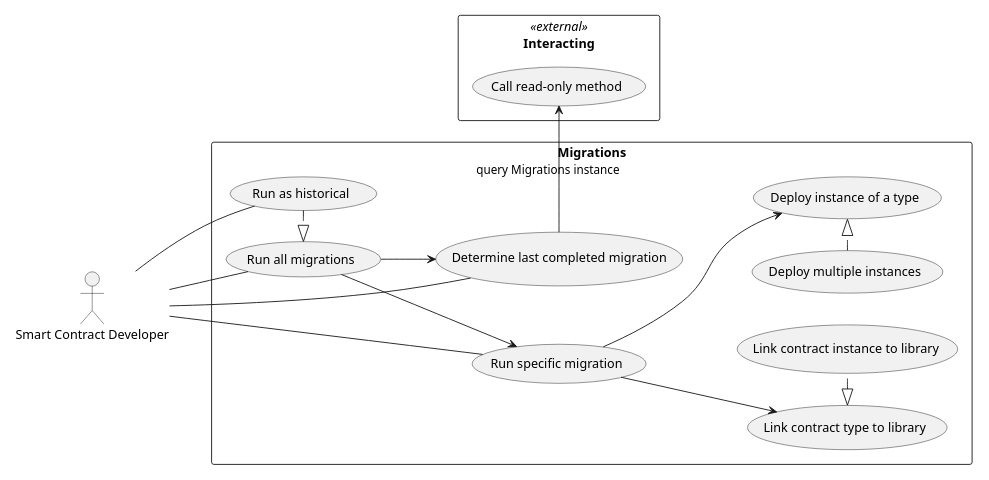
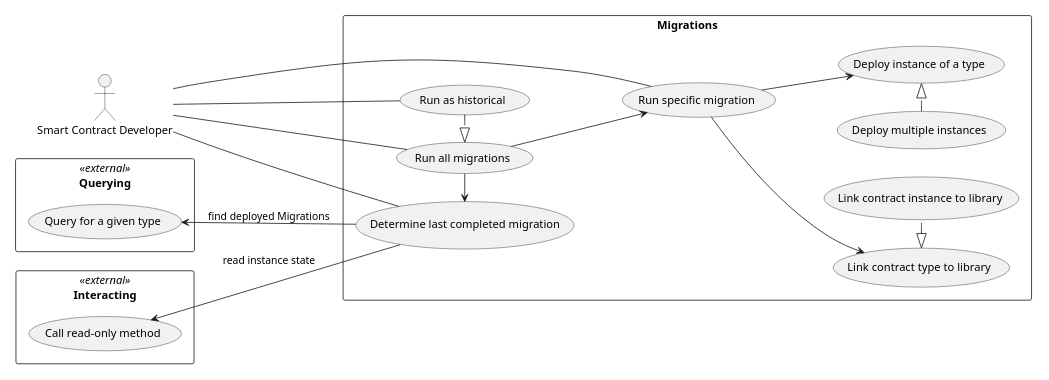
The sixth of 7 diagrams in docs/use-cases.rst (trufflesuite/artifact-updates), drawn with PlantUML before and after one commit. The commit also changed other lines of this file and 2 other files, not shown here.

```diff
--- a/docs/use-cases.rst
+++ b/docs/use-cases.rst
@@ -294,43 +340,48 @@
 .. uml::
 
-  scale 0.60
+  scale 0.53
   left to right direction
 
   :Smart Contract Developer: as :Developer:
+
+  rectangle Querying << external >> {
+    (Query for a given type) as (QueryType)
+  }
 
   rectangle Interacting << external >> {
     (Call read-only method) as (Call)
   }
 
   rectangle Migrations {
     (Run all migrations) as (RunMigrations)
     (Run specific migration) as (RunSpecific)
+    (Run as historical) as (RunHistorical)
+    (Determine last completed migration) as (DetermineLastCompleted)
+    (Link contract type to library) as (LinkType)
+    (Link contract instance to library) as (LinkInstance)
+    (Deploy instance of a type) as (DeployInstance)
+    (Deploy multiple instances) as (MultipleInstances)
+
 
     RunMigrations --> RunSpecific
-
-    (Run as historical) as (RunHistorical)
     RunHistorical .|> RunMigrations
 
-    (Determine last completed migration) as (DetermineLastCompleted)
 
-    DetermineLastCompleted -> Call : query Migrations instance
+    DetermineLastCompleted -up-> QueryType : find deployed Migrations
+    DetermineLastCompleted -up-> Call : read instance state
 
-    RunMigrations --> DetermineLastCompleted
+    RunMigrations -> DetermineLastCompleted
 
-    (Link contract type to library) as (LinkType)
-    (Link contract instance to library) as (LinkInstance)
     LinkInstance .left.|> LinkType
 
-    RunSpecific --> LinkType
 
-    (Deploy instance of a type) as (DeployInstance)
-    (Deploy multiple instances) as (MultipleInstances)
     MultipleInstances .|> DeployInstance
 
     RunSpecific --> DeployInstance
+    RunSpecific --> LinkType
   }
 
   Developer -- RunMigrations
   Developer -- RunSpecific
   Developer -- RunHistorical
   Developer -- DetermineLastCompleted
```
